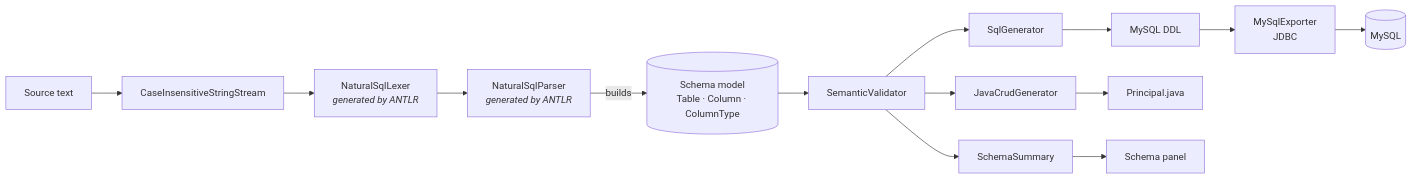
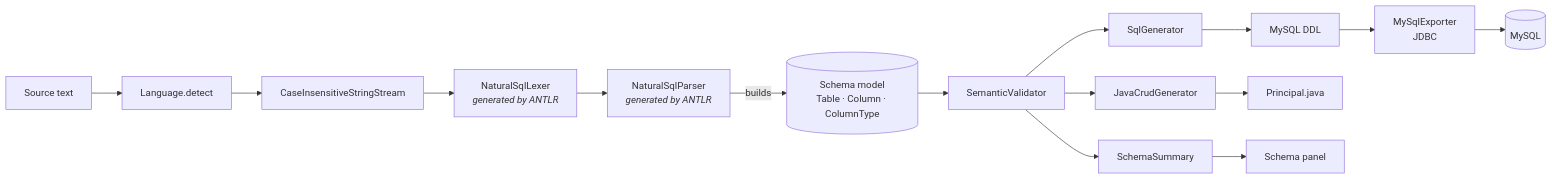
One commit to leon004/InteliJ-internal-IDE-with-ANTLR-to-generate-SQL-from-Natural-Language changed the diagram in README.md. Above: the diagram before and after it, drawn with Mermaid. The commit also changed other lines of this file and 19 other files, not shown here.

````diff
--- a/README.md
+++ b/README.md
@@ -114,12 +120,12 @@
 ```mermaid
 flowchart LR
-    A[Source text] --> B[CaseInsensitiveStringStream]
+    A[Source text] --> Z[Language.detect] --> B[CaseInsensitiveStringStream]
     B --> C[NaturalSqlLexer<br/><i>generated by ANTLR</i>]
     C --> D[NaturalSqlParser<br/><i>generated by ANTLR</i>]
     D -->|builds| E[(Schema model<br/>Table · Column · ColumnType)]
     E --> F[SemanticValidator]
     F --> G[SqlGenerator] --> J[MySQL DDL]
     F --> H[JavaCrudGenerator] --> K[Principal.java]
     F --> I[SchemaSummary] --> L[Schema panel]
     J --> M[MySqlExporter<br/>JDBC] --> N[(MySQL)]
 ```
````
